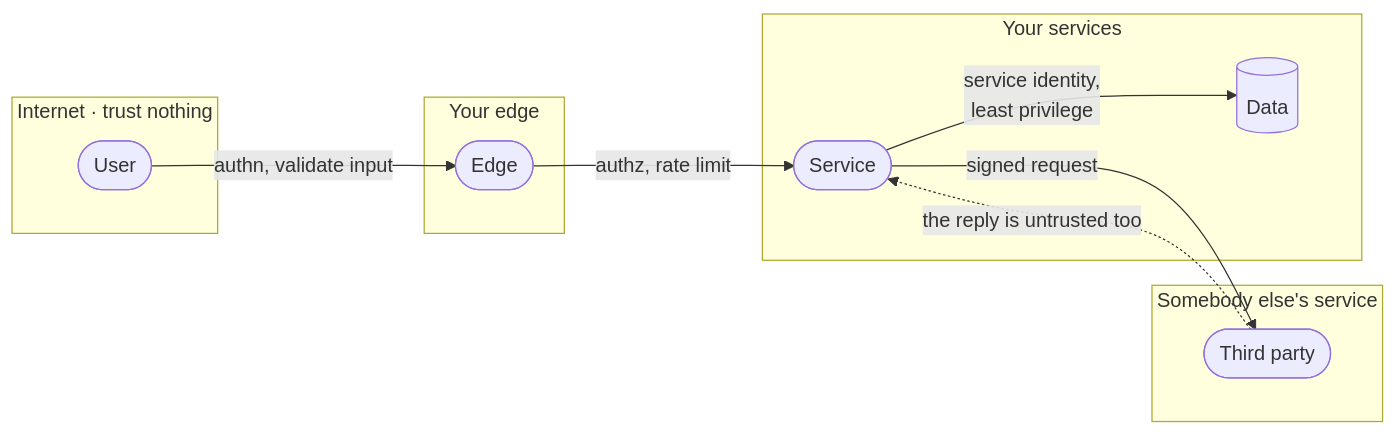
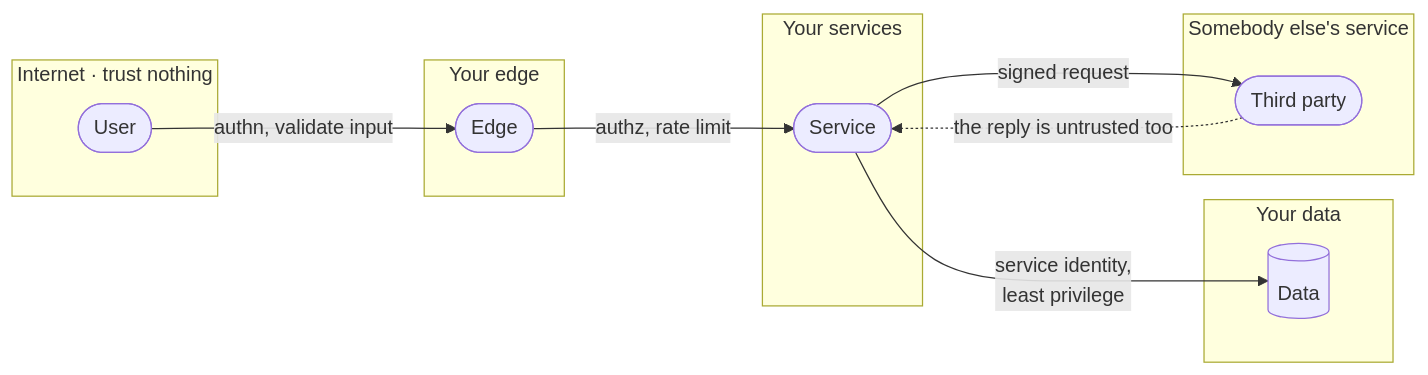
Diagram 25 of 32 in examples/system-design-foundations.md (Laticent/lattice), drawn with Mermaid before and after one commit. The commit also changed other lines of this file and 2 other files, not shown here.

````diff
--- a/examples/system-design-foundations.md
+++ b/examples/system-design-foundations.md
@@ -2229,21 +2229,23 @@
 ```mermaid
 flowchart LR
   subgraph z1["Internet · trust nothing"]
     U(["User"])
   end
   subgraph z2["Your edge"]
     E(["Edge"])
   end
   subgraph z3["Your services"]
     S(["Service"])
+  end
+  subgraph z4["Your data"]
     D[("Data")]
   end
-  subgraph z4["Somebody else's service"]
+  subgraph z5["Somebody else's service"]
     T(["Third party"])
   end
   U -->|"authn, validate input"| E
   E -->|"authz, rate limit"| S
   S -->|"service identity,<br/>least privilege"| D
   S -->|"signed request"| T
   T -.->|"the reply is untrusted too"| S
 ```
````
